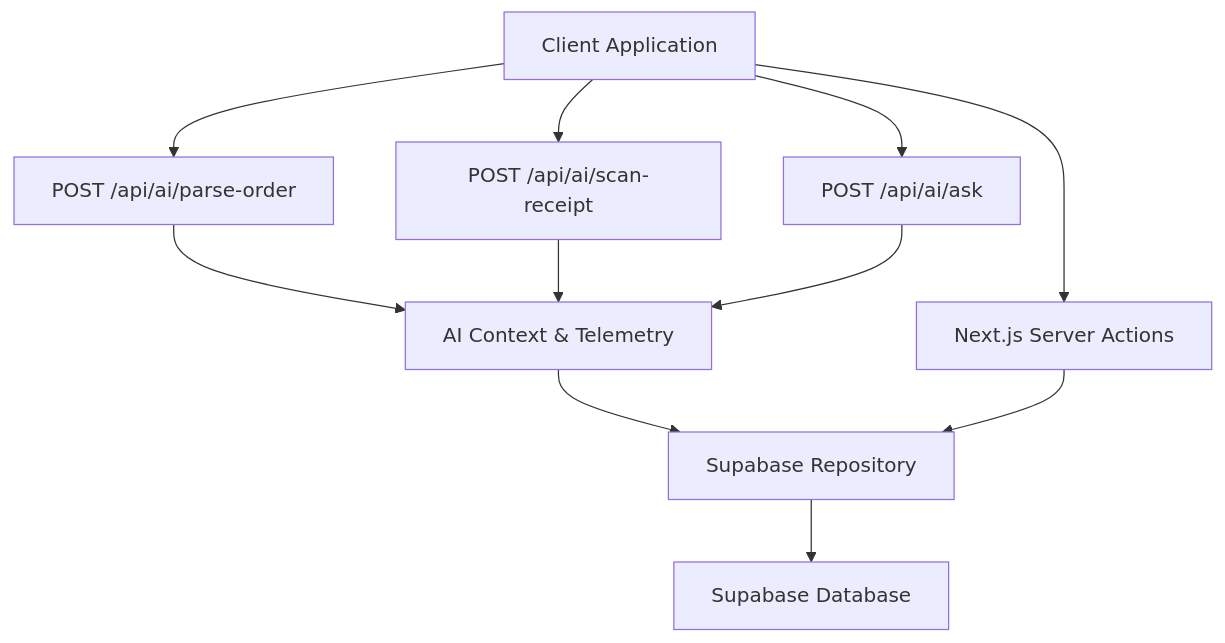
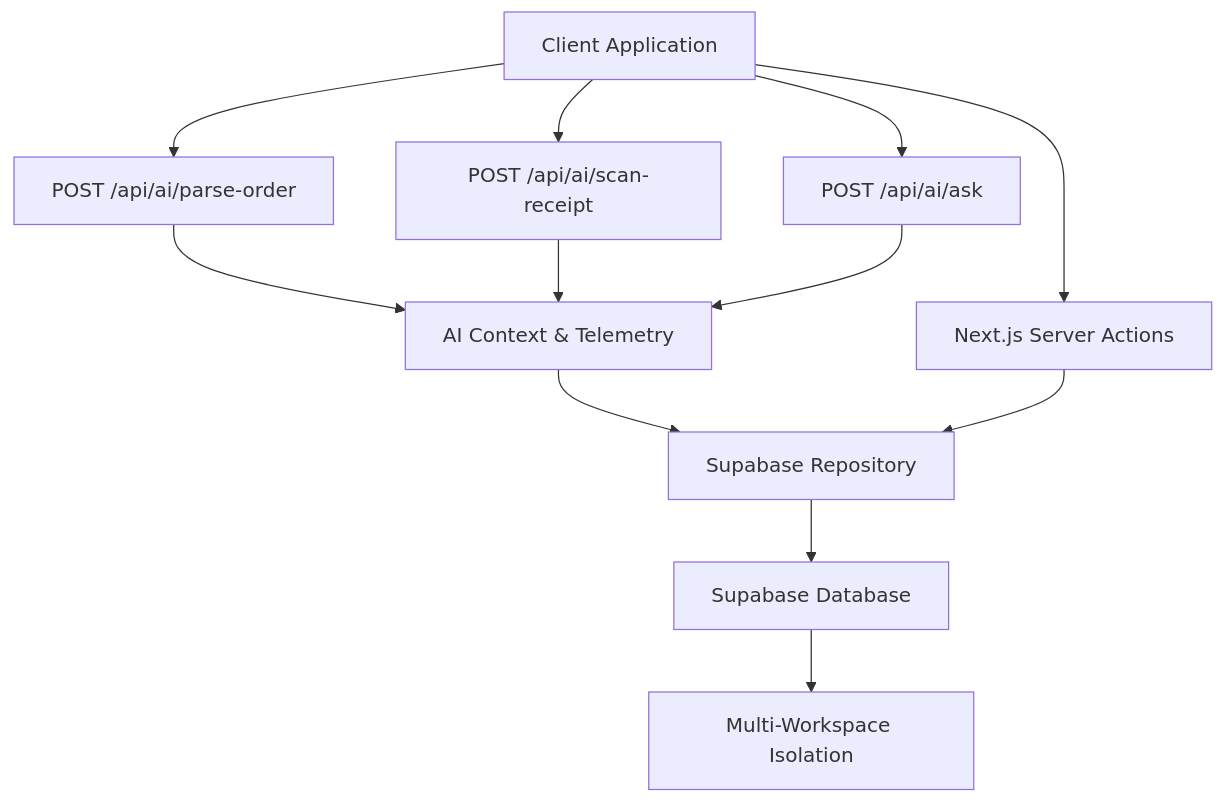
The first of 8 diagrams in .qoder/repowiki/en/content/API Reference/API Reference.md (aarz24/Laris_HackathonGTNIC2026), drawn with Mermaid before and after one commit. The commit also changed other lines of this file and 58 other files, not shown here.

````diff
--- a/.qoder/repowiki/en/content/API Reference/API Reference.md
+++ b/.qoder/repowiki/en/content/API Reference/API Reference.md
@@ -60,13 +68,14 @@
 ```mermaid
 graph TB
 Client["Client Application"] --> AIParse["POST /api/ai/parse-order"]
 Client --> AIScan["POST /api/ai/scan-receipt"]
 Client --> AIAsk["POST /api/ai/ask"]
 Client --> Actions["Next.js Server Actions"]
 AIParse --> AiLib["AI Context & Telemetry"]
 AIScan --> AiLib
 AIAsk --> AiLib
 AiLib --> Repo["Supabase Repository"]
 Actions --> Repo
 Repo --> DB["Supabase Database"]
+DB --> Workspaces["Multi-Workspace Isolation"]
 ```
````
